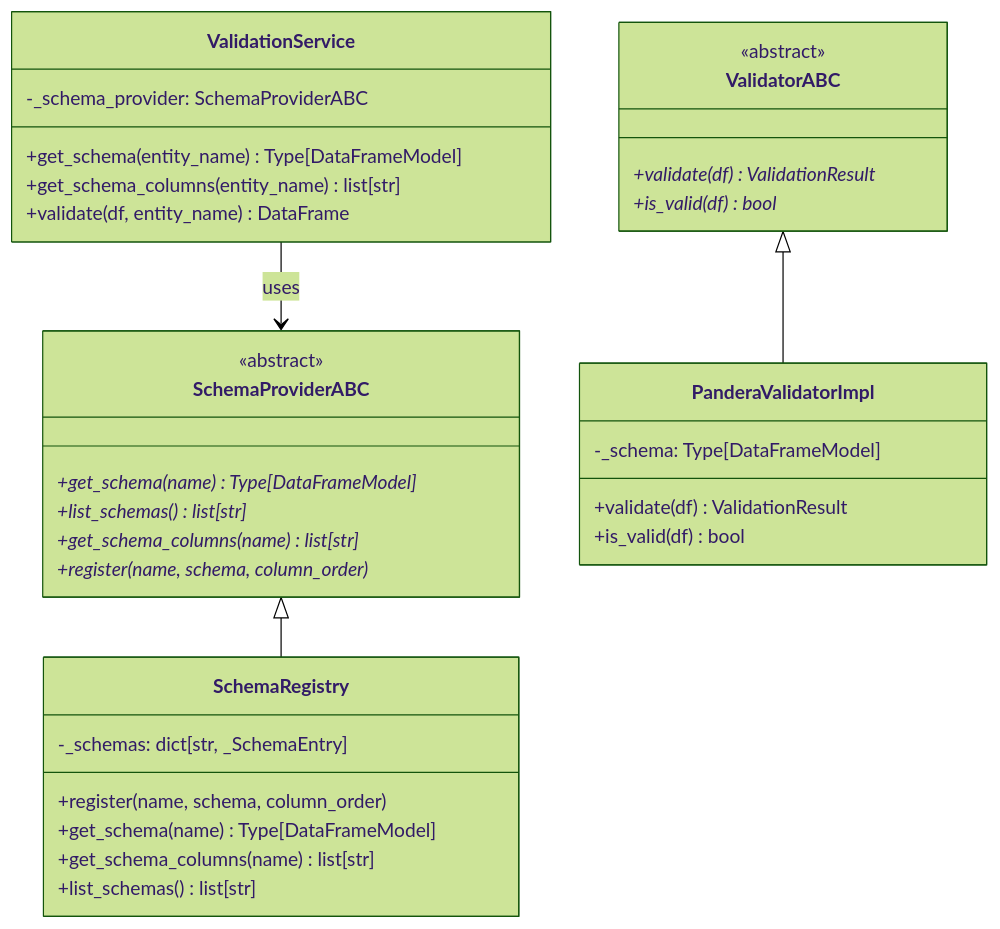
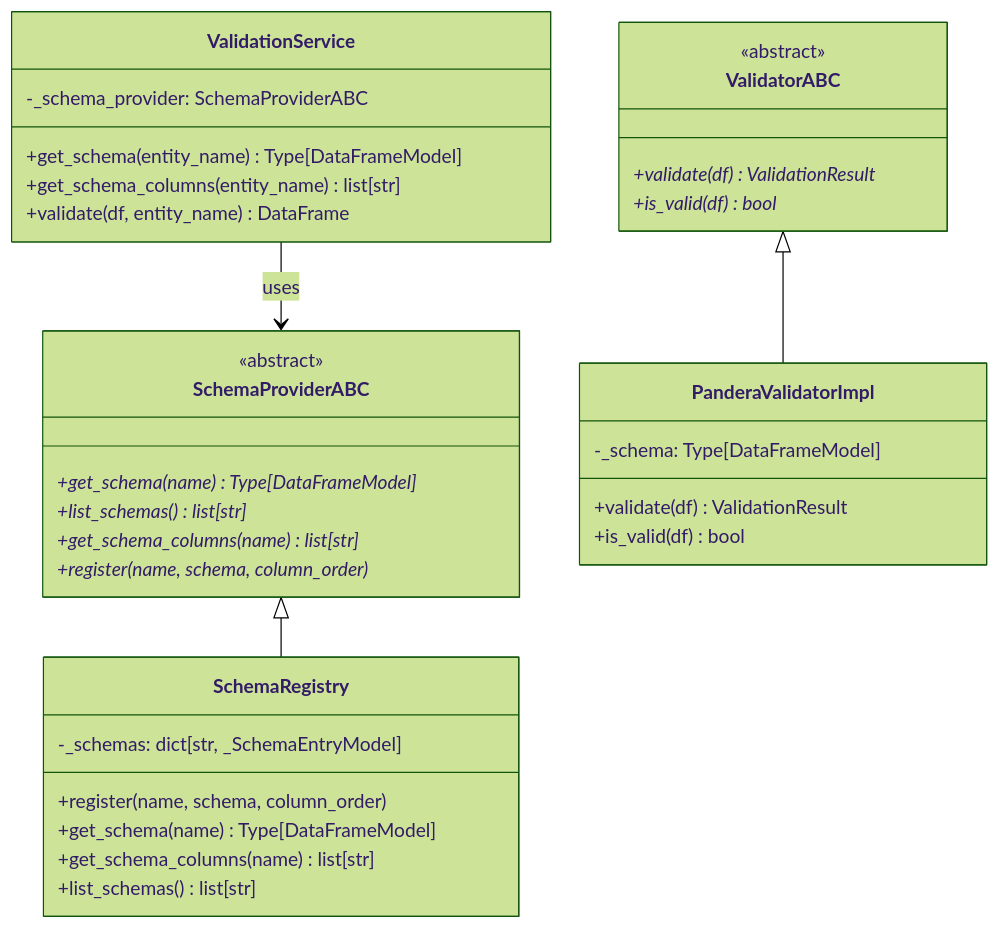
One commit to SatoryKono/BioactivityDataAcquisition changed the first of 10 diagrams in docs/architecture/14-class-diagrams-domain.md. Above: the diagram before and after it, drawn with Mermaid (forest theme). The commit also changed 3 other files, not shown here.

Commit message:
Rename schema registry entry model

````diff
--- a/docs/architecture/14-class-diagrams-domain.md
+++ b/docs/architecture/14-class-diagrams-domain.md
@@ -10,44 +10,44 @@
 ```mermaid
 ---
 id: e4f1d308-ddc1-4664-8ee1-0f889790f678
 ---
 classDiagram
     class ValidationService {
         -_schema_provider: SchemaProviderABC
         +get_schema(entity_name) Type[DataFrameModel]
         +get_schema_columns(entity_name) list[str]
         +validate(df, entity_name) DataFrame
     }
 
     class SchemaProviderABC {
         <<abstract>>
         +get_schema(name)* Type[DataFrameModel]
         +list_schemas()* list[str]
         +get_schema_columns(name)* list[str]
         +register(name, schema, column_order)*
     }
 
     class SchemaRegistry {
-        -_schemas: dict[str, _SchemaEntry]
+        -_schemas: dict[str, _SchemaEntryModel]
         +register(name, schema, column_order)
         +get_schema(name) Type[DataFrameModel]
         +get_schema_columns(name) list[str]
         +list_schemas() list[str]
     }
 
     class ValidatorABC {
         <<abstract>>
         +validate(df)* ValidationResult
         +is_valid(df)* bool
     }
 
     class PanderaValidatorImpl {
         -_schema: Type[DataFrameModel]
         +validate(df) ValidationResult
         +is_valid(df) bool
     }
 
     ValidationService --> SchemaProviderABC : uses
     SchemaProviderABC <|-- SchemaRegistry
     ValidatorABC <|-- PanderaValidatorImpl
 ```
````
